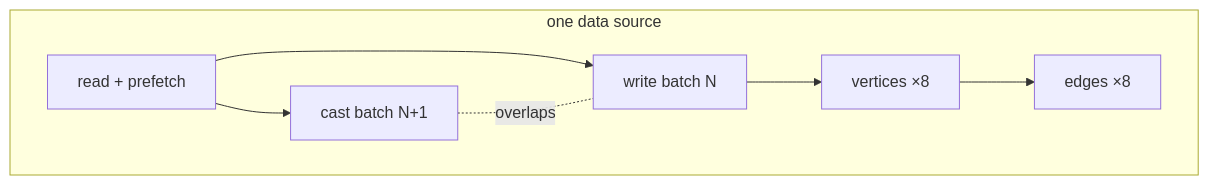
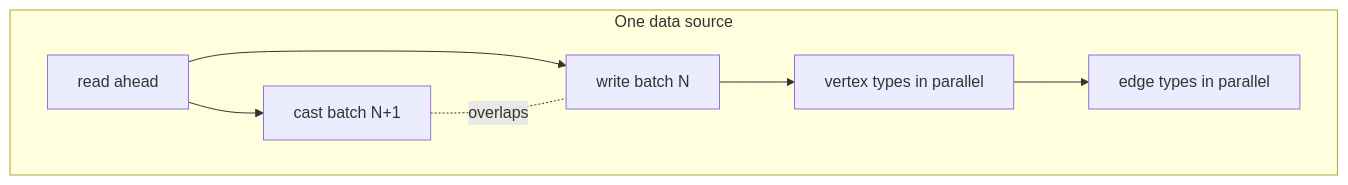
Before and after one commit to growgraph/graflo: the diagram in docs/concepts/ingestion/parallelism.md, drawn with Mermaid. The commit also changed other lines of this file and 487 other files, not shown here.

````diff
--- a/docs/concepts/ingestion/parallelism.md
+++ b/docs/concepts/ingestion/parallelism.md
@@ -20,10 +34,10 @@
 ```mermaid
 flowchart LR
-    subgraph one data source
+    subgraph source["One data source"]
         direction LR
-        R[read + prefetch] --> C1[cast batch N+1]
-        R --> W1[write batch N]
-        C1 -.overlaps.- W1
-        W1 --> V[vertices ×8] --> E[edges ×8]
+        R[read ahead] --> C[cast batch N+1]
+        R --> W[write batch N]
+        C -. overlaps .- W
+        W --> V[vertex types in parallel] --> E[edge types in parallel]
     end
 ```
````
